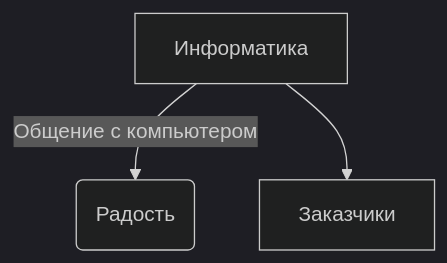
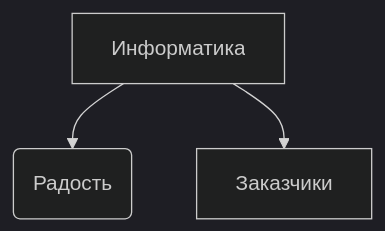
One commit to InExSu/SICP---Mermaid changed the first of 2 diagrams in 0001 Перлис.md. Above: the diagram before and after it, drawn with Mermaid (dark theme). The commit also changed other lines of this file, not shown here.

````diff
--- a/0001 Перлис.md
+++ b/0001 Перлис.md
@@ -1,5 +1,5 @@
 ```mermaid
 flowchart  TD
-    A[Информатика] -->|Общение с компьютером| B(Радость)
+    A[Информатика] --> B(Радость)
     A --> C[Заказчики]
 ```
````
